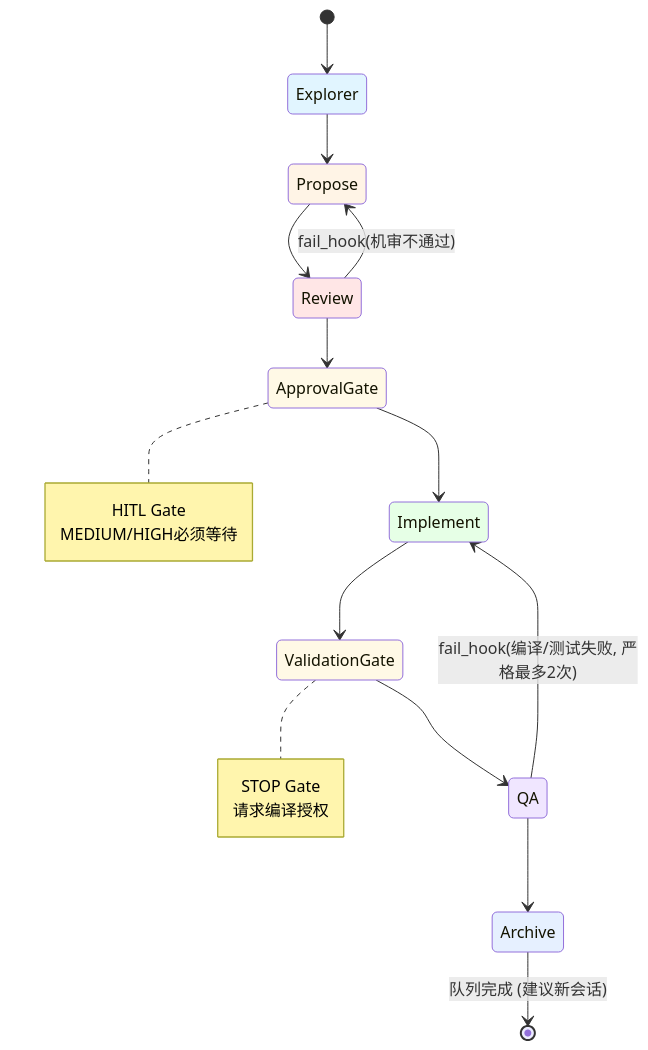
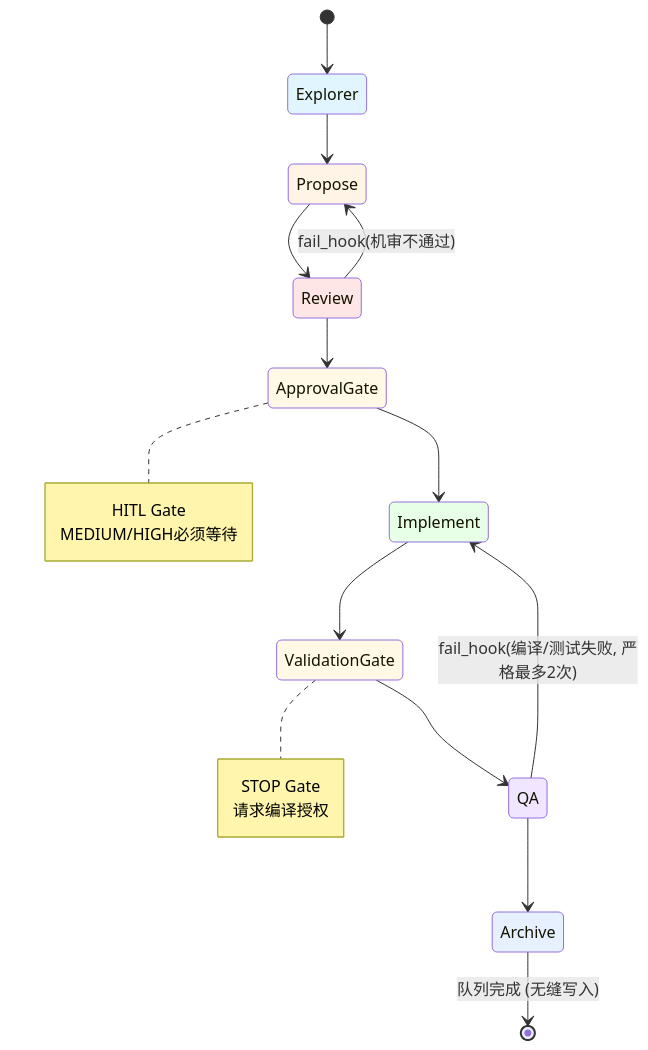
Diagram 15 of 24 in ENGINEERING_MANUAL_zh.md (listener-He/java-harness-agent), drawn with Mermaid before and after one commit. The commit also changed other lines of this file and 4 other files, not shown here.

````diff
--- a/ENGINEERING_MANUAL_zh.md
+++ b/ENGINEERING_MANUAL_zh.md
@@ -1898,34 +1900,34 @@
 ```mermaid
 stateDiagram-v2
     [*] --> Explorer
     Explorer --> Propose
     Propose --> Review
     Review --> ApprovalGate
     ApprovalGate --> Implement
     Implement --> ValidationGate
     ValidationGate --> QA
     QA --> Archive
-    Archive --> [*] : 队列完成 (建议新会话)
+    Archive --> [*] : 队列完成 (无缝写入)
     
     Review --> Propose : fail_hook(机审不通过)
     QA --> Implement : fail_hook(编译/测试失败, 严格最多2次)
     
     note right of ApprovalGate
         HITL Gate
         MEDIUM/HIGH必须等待
     end note
     
     note right of ValidationGate
         STOP Gate
         请求编译授权
     end note
     
     style Explorer fill:#e1f5ff
     style Propose fill:#fff4e6
     style Review fill:#ffe6e6
     style ApprovalGate fill:#fff9e6
     style Implement fill:#e6ffe6
     style ValidationGate fill:#fff9e6
     style QA fill:#f0e6ff
     style Archive fill:#e6f0ff
 ```
````
